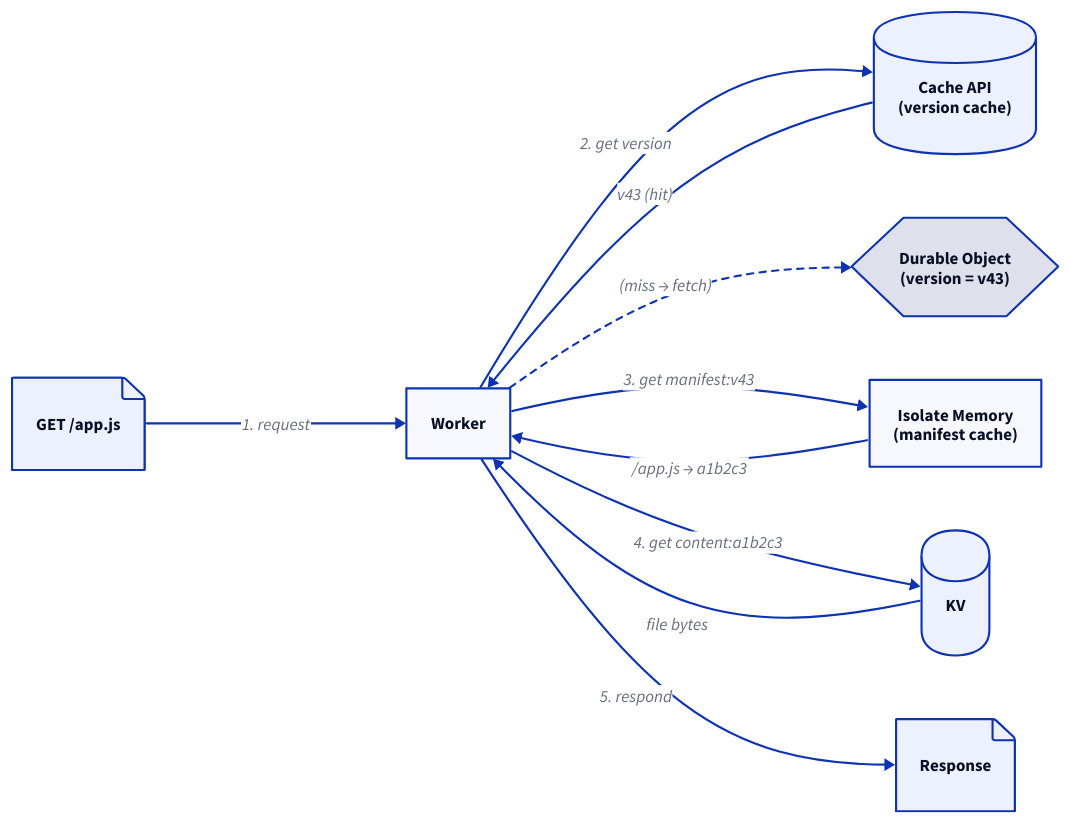
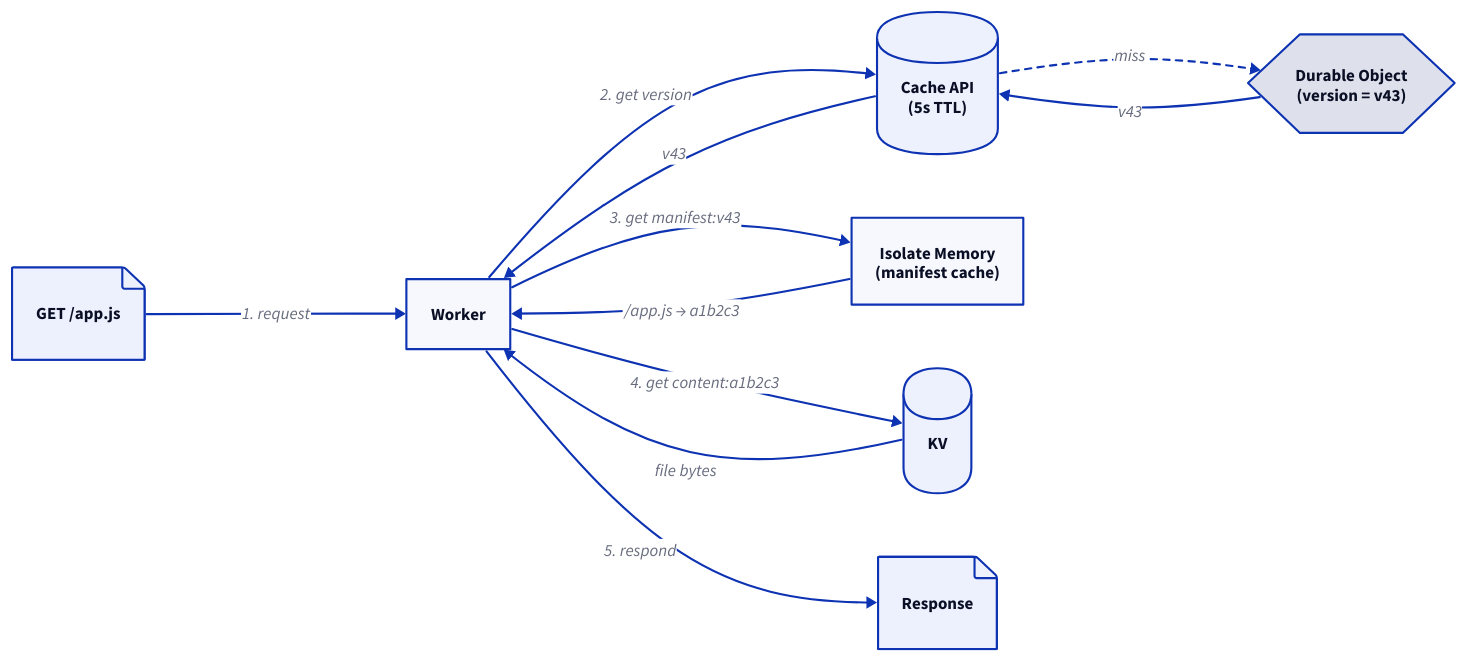
Before and after one commit to erfianugrah/lexicanum: the third of 6 diagrams in src/content/docs/reference/caching.mdx, drawn with D2. The commit also changed other lines of this file, not shown here.

First line of the commit message:
docs: fix diagram accuracy and restore KV commitment Aside

````diff
--- a/src/content/docs/reference/caching.mdx
+++ b/src/content/docs/reference/caching.mdx
@@ -544,37 +544,38 @@
 ```d2
 direction: right
 
 request: GET /app.js {
   shape: page
 }
 
 worker: Worker
 
-cache-api: Cache API\n(version cache) {
+cache-api: Cache API\n(5s TTL) {
   shape: cylinder
 }
 
 do: Durable Object\n(version = v43) {
   shape: hexagon
 }
 
 memory: Isolate Memory\n(manifest cache)
 
 kv: KV {
   shape: cylinder
 }
 
 response: Response {
   shape: page
 }
 
 request -> worker: 1. request
 worker -> cache-api: 2. get version
-cache-api -> worker: v43 (hit)
-worker -> do: (miss → fetch) {style.stroke-dash: 3}
+cache-api -> do: miss {style.stroke-dash: 3}
+do -> cache-api: v43
+cache-api -> worker: v43
 worker -> memory: 3. get manifest:v43
 memory -> worker: /app.js → a1b2c3
 worker -> kv: 4. get content:a1b2c3
 kv -> worker: file bytes
 worker -> response: 5. respond
 ```
````
